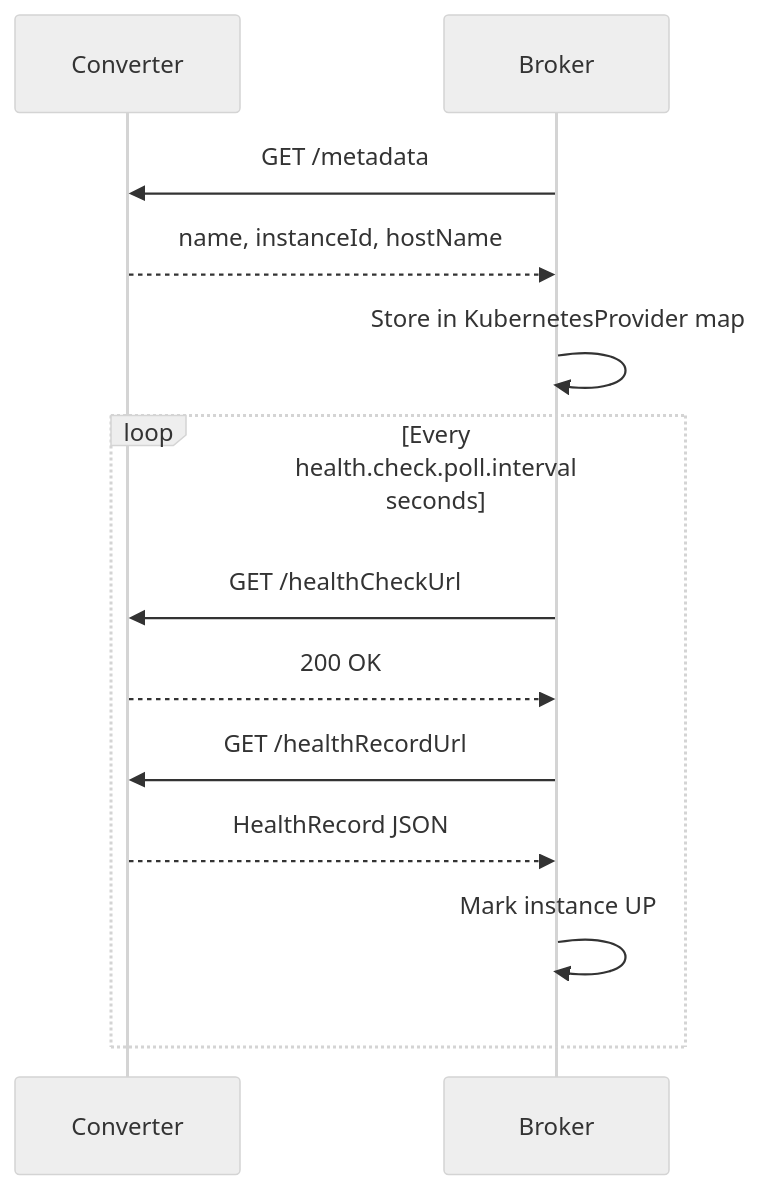
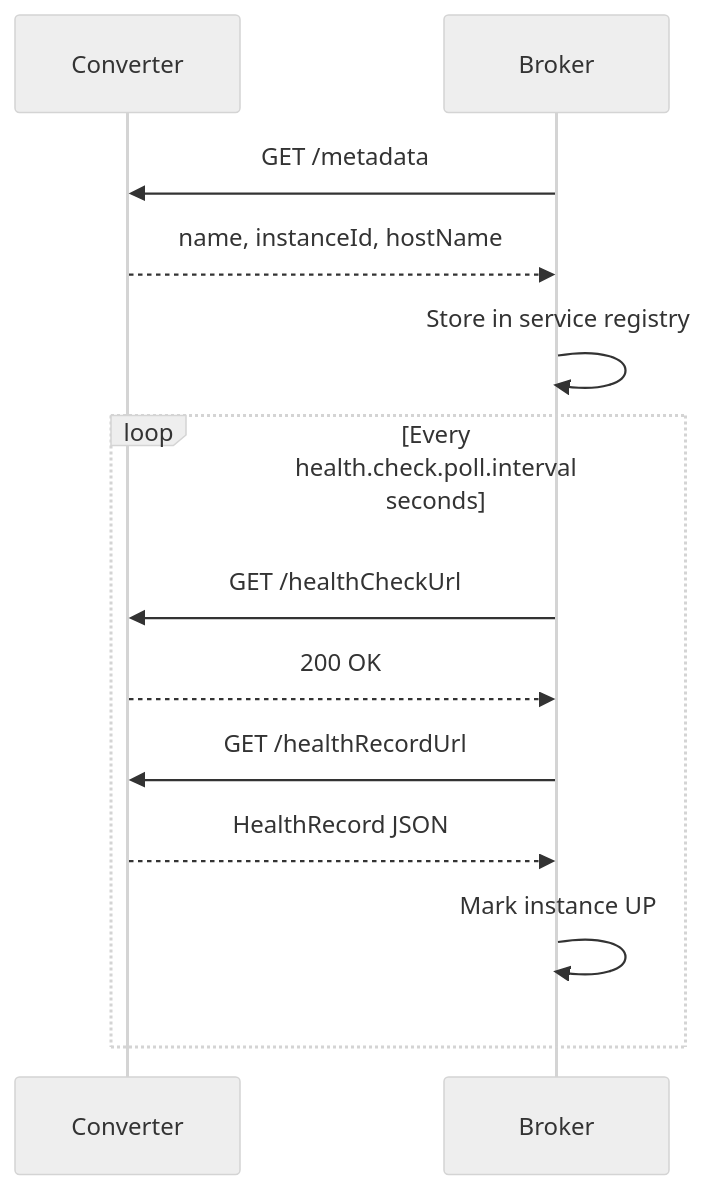
Before and after one commit to Uxopian/uxodocs: the second of 3 diagrams in docs/arender/overview/architecture.classic.md, drawn with Mermaid (neutral theme). The commit also changed other lines of this file and 6 other files, not shown here.

````diff
--- a/docs/arender/overview/architecture.classic.md
+++ b/docs/arender/overview/architecture.classic.md
@@ -230,15 +230,15 @@
 ```mermaid
 sequenceDiagram
     participant DC as Converter
     participant SB as Broker
     SB->>DC: GET /metadata
     DC-->>SB: name, instanceId, hostName
-    SB->>SB: Store in KubernetesProvider map
+    SB->>SB: Store in service registry
     loop Every health.check.poll.interval seconds
         SB->>DC: GET /healthCheckUrl
         DC-->>SB: 200 OK
         SB->>DC: GET /healthRecordUrl
         DC-->>SB: HealthRecord JSON
         SB->>SB: Mark instance UP
     end
 ```
````
